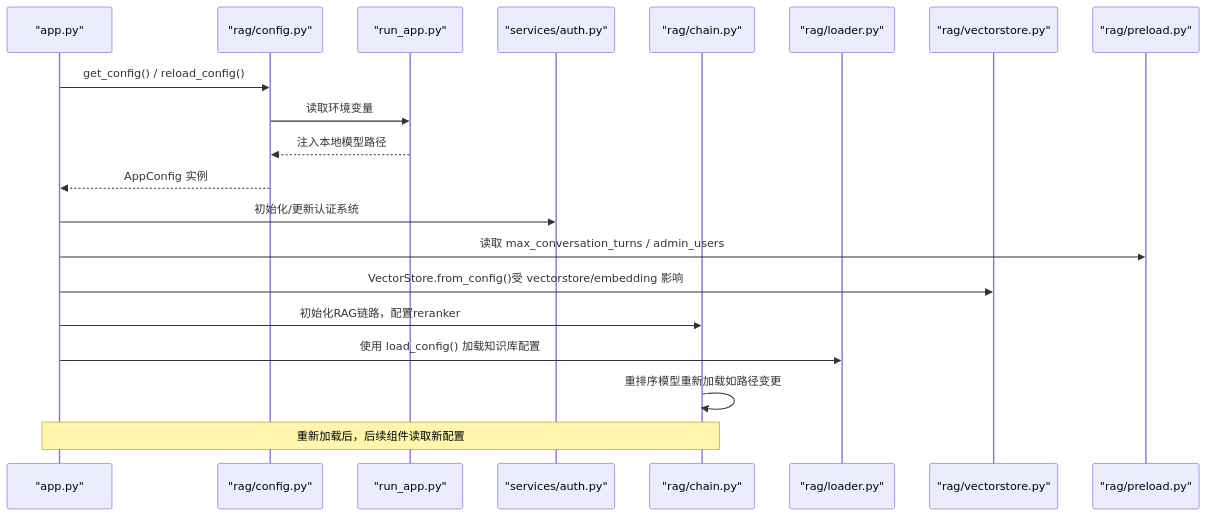
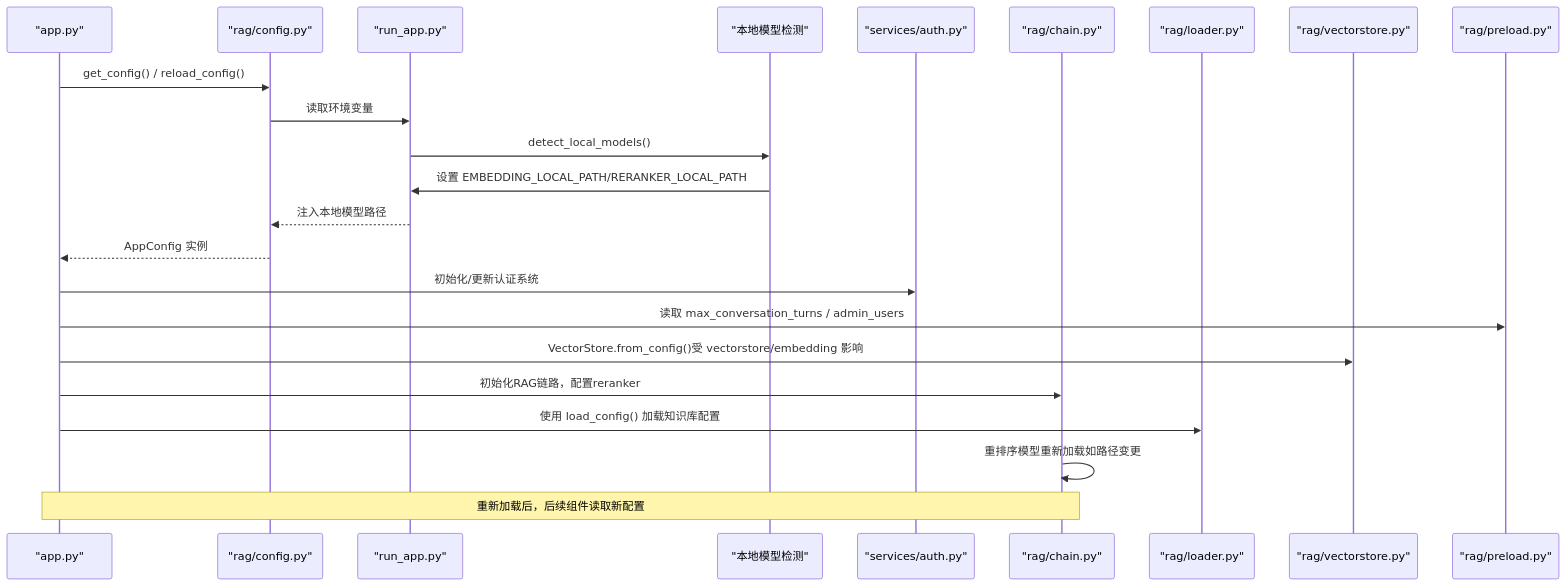
The fifth of 8 diagrams in .qoder/repowiki/zh/content/RAG核心引擎/配置管理系统.md (joyafa/knowledge), drawn with Mermaid before and after one commit. The commit also changed other lines of this file and 18 other files, not shown here.

````diff
--- a/.qoder/repowiki/zh/content/RAG核心引擎/配置管理系统.md
+++ b/.qoder/repowiki/zh/content/RAG核心引擎/配置管理系统.md
@@ -333,22 +358,25 @@
 ```mermaid
 sequenceDiagram
 participant APP as "app.py"
 participant CFG as "rag/config.py"
 participant RUNTIME as "run_app.py"
+participant DETECT as "本地模型检测"
 participant AUTH as "services/auth.py"
 participant CHAIN as "rag/chain.py"
 participant LOADER as "rag/loader.py"
 participant VS as "rag/vectorstore.py"
 participant PRE as "rag/preload.py"
 APP->>CFG : get_config() / reload_config()
 CFG->>RUNTIME : 读取环境变量
+RUNTIME->>DETECT : detect_local_models()
+DETECT->>RUNTIME : 设置 EMBEDDING_LOCAL_PATH/RERANKER_LOCAL_PATH
 RUNTIME-->>CFG : 注入本地模型路径
 CFG-->>APP : AppConfig 实例
 APP->>AUTH : 初始化/更新认证系统
 APP->>PRE : 读取 max_conversation_turns / admin_users
 APP->>VS : VectorStore.from_config()受 vectorstore/embedding 影响
 APP->>CHAIN : 初始化RAG链路，配置reranker
 APP->>LOADER : 使用 load_config() 加载知识库配置
 CHAIN->>CHAIN : 重排序模型重新加载如路径变更
 Note over APP,CHAIN : 重新加载后，后续组件读取新配置
 ```
````
